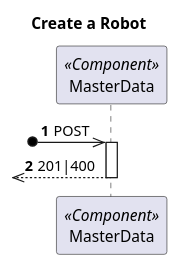
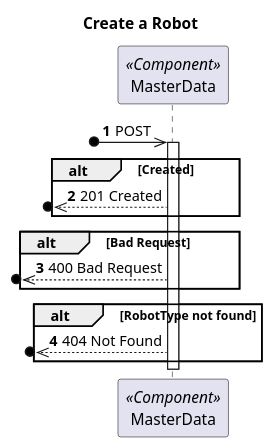
Before and after one commit to 1210910/lapr5: the diagram in docs/Vista Processo/US360/ProcessView_Level2_US360.puml, drawn with PlantUML. The commit also changed 14 other files, not shown here.

```diff
--- a/docs/Vista Processo/US360/ProcessView_Level2_US360.puml
+++ b/docs/Vista Processo/US360/ProcessView_Level2_US360.puml
@@ -1,18 +1,26 @@
 @startuml
 'https://plantuml.com/sequence-diagram
 
 autonumber
 skinparam packageStyle rect
 
 title Create a Robot
 
 participant "MasterData" as MD <<Component>>
 
 ?o->> MD : POST
 
 activate MD
-?o<<-- MD : 201|400
+alt Created
+   ?o<<--MD : 201 Created
+end
+alt Bad Request
+   ?o<<--MD : 400 Bad Request
+end
+alt RobotType not found
+   ?o<<--MD : 404 Not Found
+end
 deactivate MD
 
 
 @enduml
```
